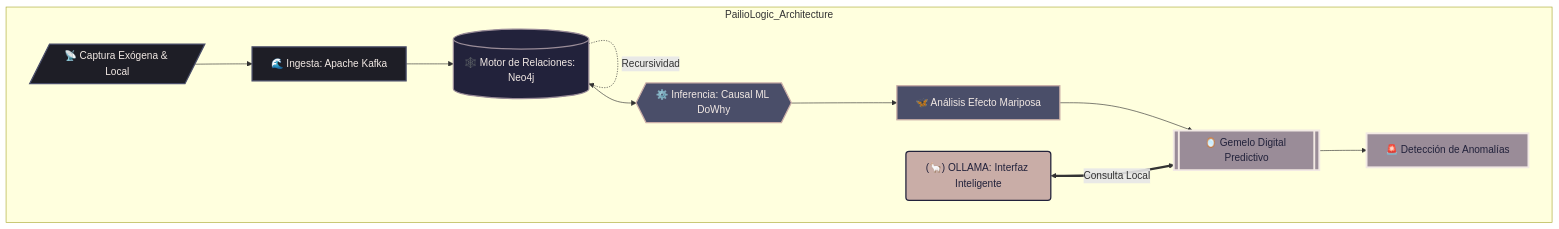
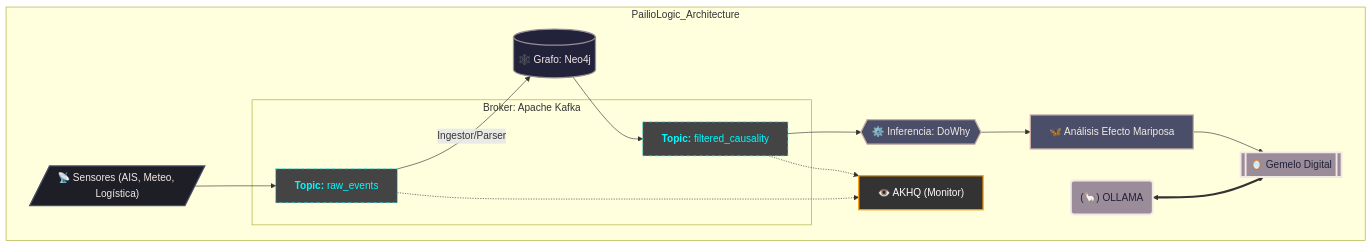
The diagram in img/arquitectura.mmd (jfalpor/PapilioLogic), drawn with Mermaid before and after one commit. The commit also changed 4 other files, not shown here.

```diff
--- a/img/arquitectura.mmd
+++ b/img/arquitectura.mmd
@@ -1,44 +1,53 @@
 graph TD
-    %% Definición de estilos corregidos
+    %% Estilos
     classDef infraestilo fill:#1e1e26,stroke:#4a4e69,color:#f2e9e4,stroke-width:2px;
+    classDef topicstyle fill:#444,stroke:#00fbff,color:#00fbff,stroke-width:1px,stroke-dasharray: 5 5;
     classDef relstyle fill:#22223b,stroke:#9a8c98,color:#f2e9e4,stroke-width:2px;
     classDef brainstyle fill:#4a4e69,stroke:#c9ada7,color:#f2e9e4,stroke-width:2px;
     classDef twinstyle fill:#9a8c98,stroke:#f2e9e4,color:#22223b,stroke-width:3px;
-    classDef ollamastyle fill:#c9ada7,stroke:#22223b,color:#22223b,stroke-width:2px;
+    classDef toolstyle fill:#333,stroke:#ff9900,color:#fff,stroke-width:2px;
 
     subgraph PailioLogic_Architecture
-        %% Capa de Datos
-        A[/"📡 Captura Exógena & Local"/]
-        B["🌊 Ingesta: Apache Kafka"]
+        %% Capa de Datos e Ingesta
+        A[/"📡 Sensores (AIS, Meteo, Logística)"/]
         
+        subgraph Kafka_Bus [Broker: Apache Kafka]
+            B1["<b>Topic:</b> raw_events"]
+            B2["<b>Topic:</b> filtered_causality"]
+        end
+
+        %% Herramienta de Observabilidad
+        AK["👁️ AKHQ (Monitor)"]
+
         %% Capa de Estructura
-        C[("🕸️ Motor de Relaciones: Neo4j")]
+        C[("🕸️ Grafo: Neo4j")]
         
         %% Capa de Inteligencia Causal
-        D{{"⚙️ Inferencia: Causal ML DoWhy"}}
+        D{{"⚙️ Inferencia: DoWhy"}}
         E["🦋 Análisis Efecto Mariposa"]
         
         %% Capa de Simulación
-        F[["🪞 Gemelo Digital Predictivo"]]
-        G["🚨 Detección de Anomalías"]
-        
-        %% Capa de Interacción
-        H("(🦙) OLLAMA: Interfaz Inteligente")
+        F[["🪞 Gemelo Digital"]]
+        H("(🦙) OLLAMA")
 
-        %% Flujos y Conexiones
-        A --> B
-        B --> C
-        C -.->|Recursividad| C
-        C --> D
+        %% Flujos con Topics
+        A --> B1
+        B1 -->|Ingestor/Parser| C
+        C --> B2
+        B2 --> D
         D --> E
         E --> F
-        F --> G
-        H <==>|Consulta Local| F
+        H <==> F
+
+        %% Conexiones de Observabilidad
+        B1 -.-> AK
+        B2 -.-> AK
     end
 
     %% Aplicación de estilos
-    class A,B infraestilo;
+    class A infraestilo;
+    class B1,B2 topicstyle;
     class C relstyle;
     class D,E brainstyle;
-    class F,G twinstyle;
-    class H ollamastyle;
+    class F,H twinstyle;
+    class AK toolstyle;
```
